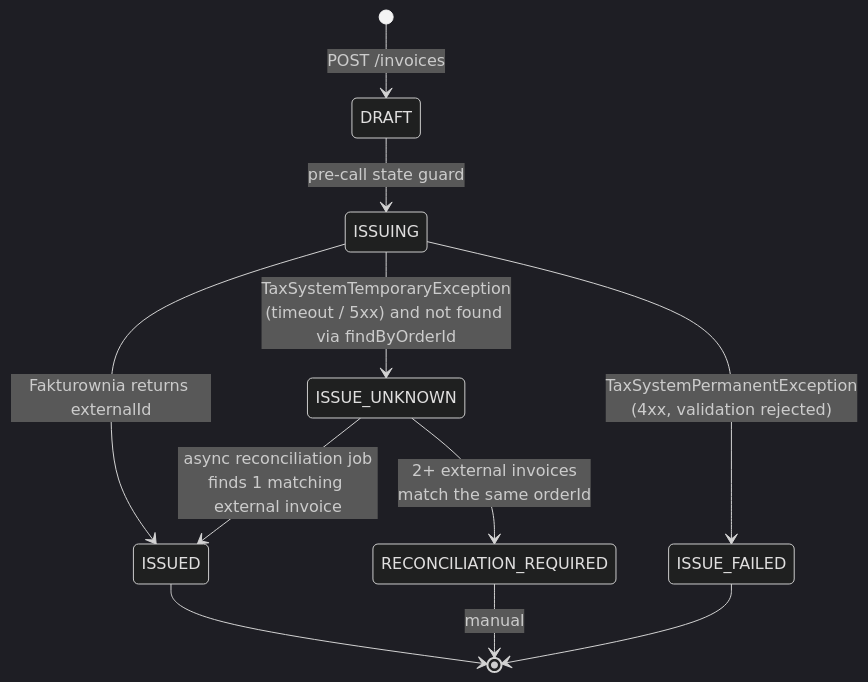
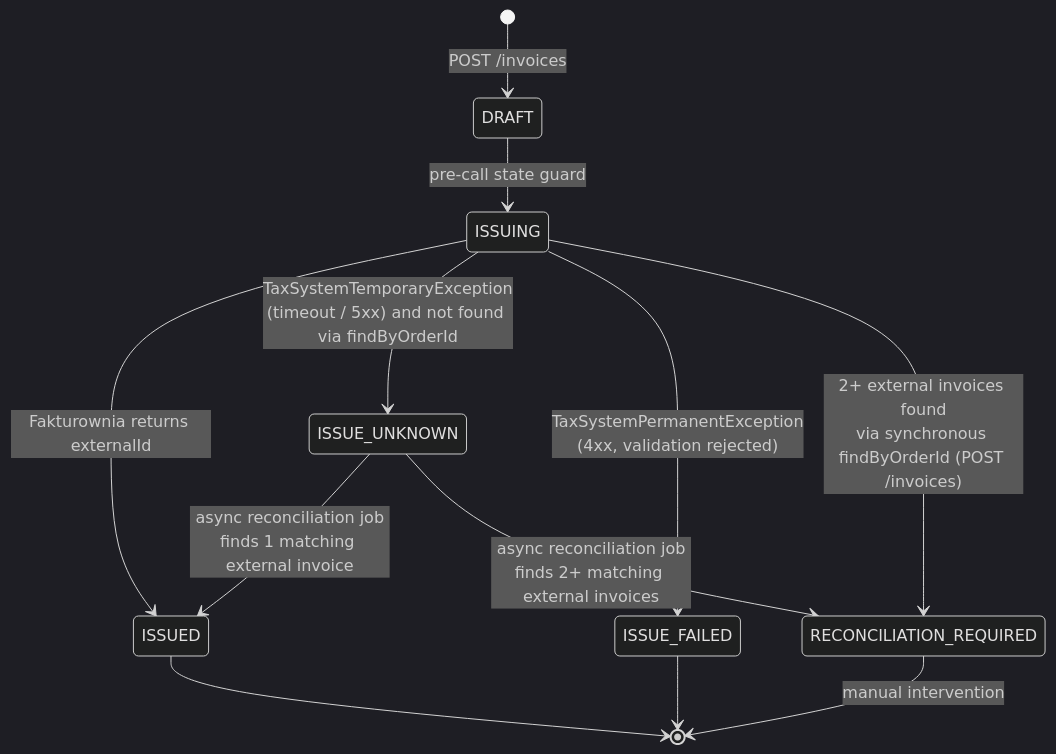
One commit to mrzodeczko-dev/invoice-service changed the third of 3 diagrams in README.md. Above: the diagram before and after it, drawn with Mermaid (dark theme). The commit also changed other lines of this file, not shown here.

Commit message:
docs: fix Invoice state machine diagram — add ISSUING → RECONCILIATION_REQUIRED transition and update status table

````diff
--- a/README.md
+++ b/README.md
@@ -402,13 +402,14 @@
 ```mermaid
 stateDiagram-v2
     [*] --> DRAFT: POST /invoices
     DRAFT --> ISSUING: pre-call state guard
     ISSUING --> ISSUED: Fakturownia returns externalId
     ISSUING --> ISSUE_UNKNOWN: TaxSystemTemporaryException<br/>(timeout / 5xx) and not found via findByOrderId
     ISSUING --> ISSUE_FAILED: TaxSystemPermanentException<br/>(4xx, validation rejected)
+    ISSUING --> RECONCILIATION_REQUIRED: 2+ external invoices found<br/>via synchronous findByOrderId (POST /invoices)
     ISSUE_UNKNOWN --> ISSUED: async reconciliation job<br/>finds 1 matching external invoice
-    ISSUE_UNKNOWN --> RECONCILIATION_REQUIRED: 2+ external invoices<br/>match the same orderId
+    ISSUE_UNKNOWN --> RECONCILIATION_REQUIRED: async reconciliation job<br/>finds 2+ matching external invoices
     ISSUED --> [*]
     ISSUE_FAILED --> [*]
-    RECONCILIATION_REQUIRED --> [*]: manual
+    RECONCILIATION_REQUIRED --> [*]: manual intervention
 ```
````
